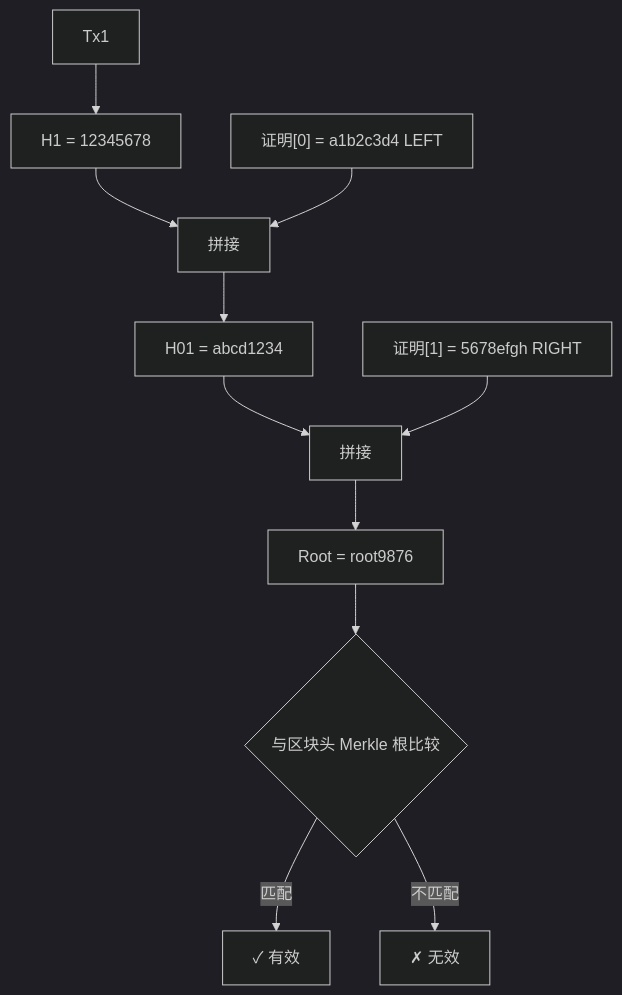
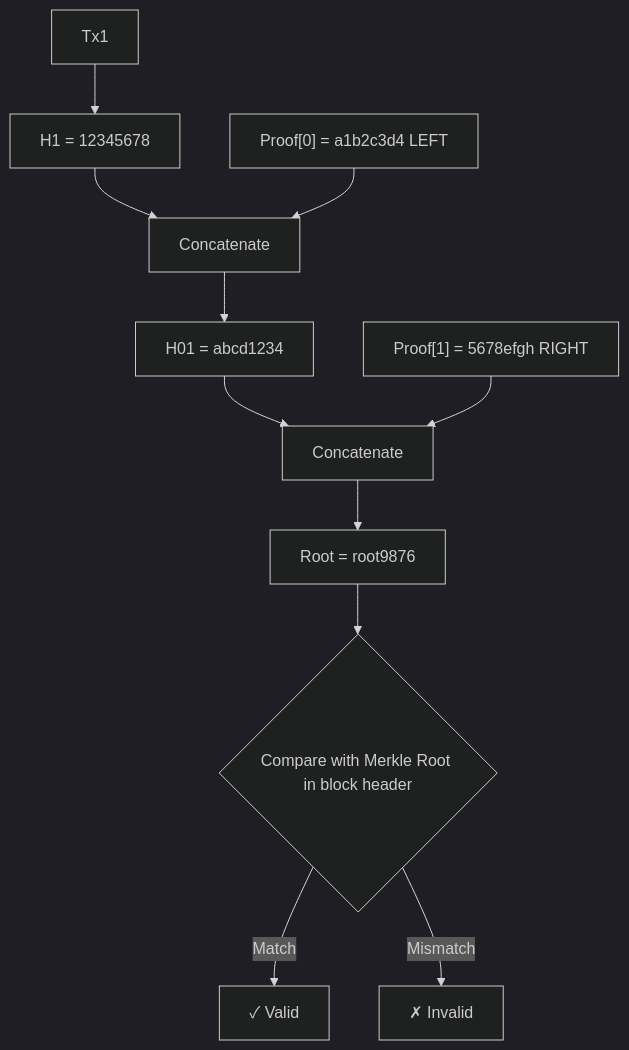
One commit to stars-labs/cryptograph-onboarding-trainning changed the second of 3 diagrams in docs/cryptography/merkle.mdx. Above: the diagram before and after it, drawn with Mermaid (dark theme). The commit also changed other lines of this file and 15 other files, not shown here.

````diff
--- a/docs/cryptography/merkle.mdx
+++ b/docs/cryptography/merkle.mdx
@@ -253,13 +253,13 @@
 ```mermaid
 flowchart TD
     TX1["Tx1"] --> H1["H1 = 12345678"]
-    H1 --> CONCAT1["拼接"]
-    PROOF0["证明[0] = a1b2c3d4 LEFT"] --> CONCAT1
+    H1 --> CONCAT1["Concatenate"]
+    PROOF0["Proof[0] = a1b2c3d4 LEFT"] --> CONCAT1
     CONCAT1 --> H01["H01 = abcd1234"]
-    H01 --> CONCAT2["拼接"]
-    PROOF1["证明[1] = 5678efgh RIGHT"] --> CONCAT2
+    H01 --> CONCAT2["Concatenate"]
+    PROOF1["Proof[1] = 5678efgh RIGHT"] --> CONCAT2
     CONCAT2 --> ROOT["Root = root9876"]
-    ROOT --> CHECK{"与区块头 Merkle 根比较"}
-    CHECK -->|匹配| VALID["✓ 有效"]
-    CHECK -->|不匹配| INVALID["✗ 无效"]
+    ROOT --> CHECK{"Compare with Merkle Root in block header"}
+    CHECK -->|Match| VALID["✓ Valid"]
+    CHECK -->|Mismatch| INVALID["✗ Invalid"]
 ```
````
